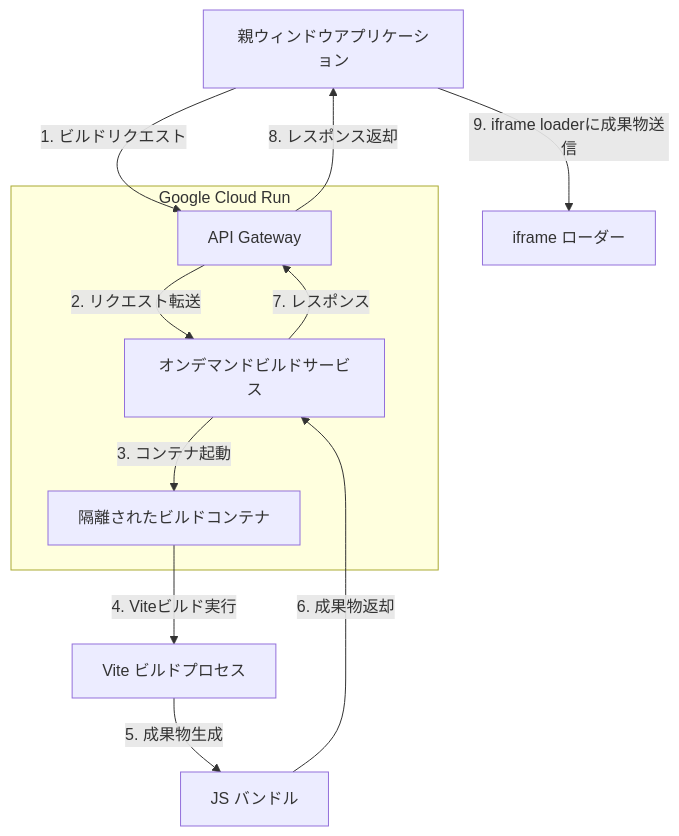
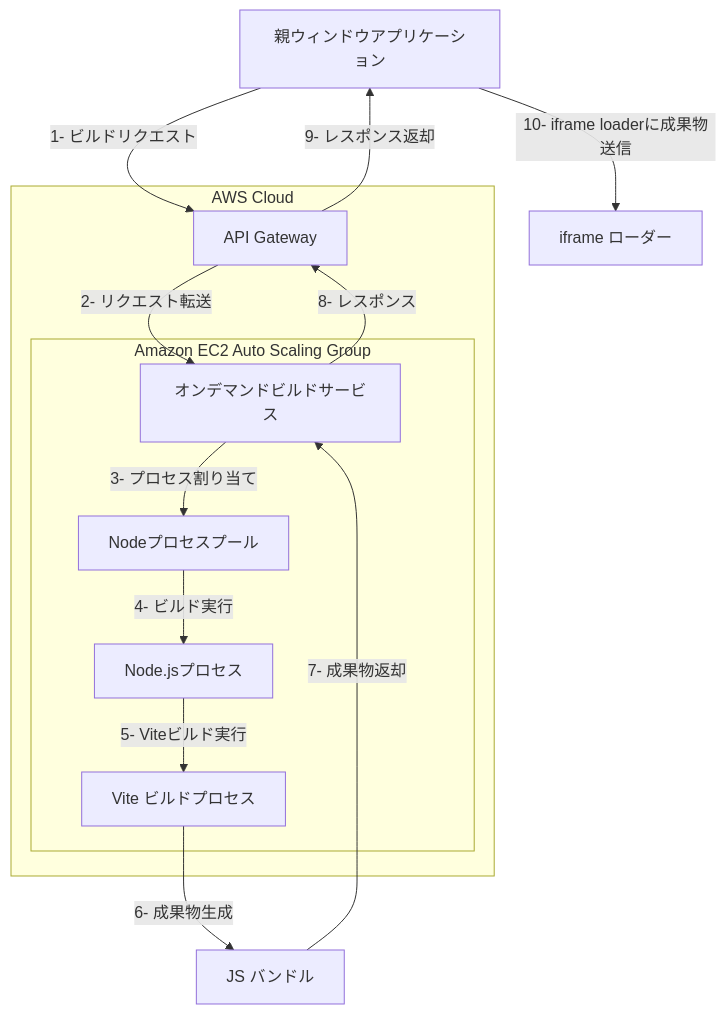
The first of 9 diagrams in 詳細設計書.md (shiftplus-corp-homan-keisuke/artifact), drawn with Mermaid before and after one commit. The commit also changed other lines of this file and 3 other files, not shown here.

First line of the commit message:
feat: Implement container pool for build process optimization

````diff
--- a/詳細設計書.md
+++ b/詳細設計書.md
@@ -11,18 +11,23 @@
 ```mermaid
 flowchart TB
-    Client[親ウィンドウアプリケーション] --> |1. ビルドリクエスト| API[API Gateway]
-    API --> |2. リクエスト転送| BuildService[オンデマンドビルドサービス]
-    BuildService --> |3. コンテナ起動| Container[隔離されたビルドコンテナ]
-    Container --> |4. Viteビルド実行| ViteBuild[Vite ビルドプロセス]
-    ViteBuild --> |5. 成果物生成| Artifact[JS バンドル]
-    Artifact --> |6. 成果物返却| BuildService
-    BuildService --> |7. レスポンス| API
-    API --> |8. レスポンス返却| Client
-    Client --> |9. iframe loaderに成果物送信| IframeLoader[iframe ローダー]
-    
-    subgraph "Google Cloud Run"
+    Client[親ウィンドウアプリケーション] --> |1- ビルドリクエスト| API[API Gateway]
+    API --> |2- リクエスト転送| BuildService[オンデマンドビルドサービス]
+    BuildService --> |3- プロセス割り当て| ProcessPool[Nodeプロセスプール]
+    ProcessPool --> |4- ビルド実行| NodeProcess[Node.jsプロセス]
+    NodeProcess --> |5- Viteビルド実行| ViteBuild[Vite ビルドプロセス]
+    ViteBuild --> |6- 成果物生成| Artifact[JS バンドル]
+    Artifact --> |7- 成果物返却| BuildService
+    BuildService --> |8- レスポンス| API
+    API --> |9- レスポンス返却| Client
+    Client --> |10- iframe loaderに成果物送信| IframeLoader[iframe ローダー]
+
+    subgraph "AWS Cloud"
         API
-        BuildService
-        Container
+        subgraph "Amazon EC2 Auto Scaling Group"
+            BuildService
+            ProcessPool
+            NodeProcess
+            ViteBuild
+        end
     end
 ```
````
